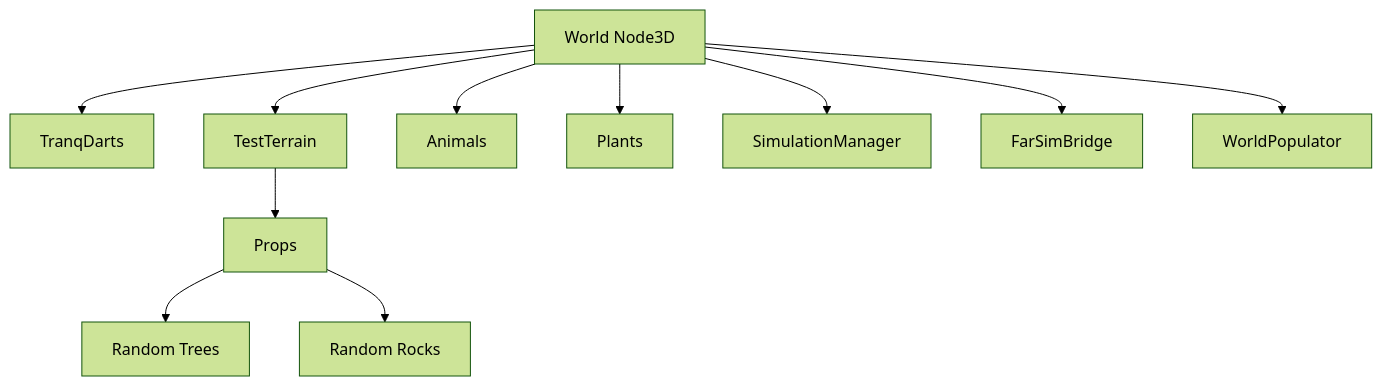
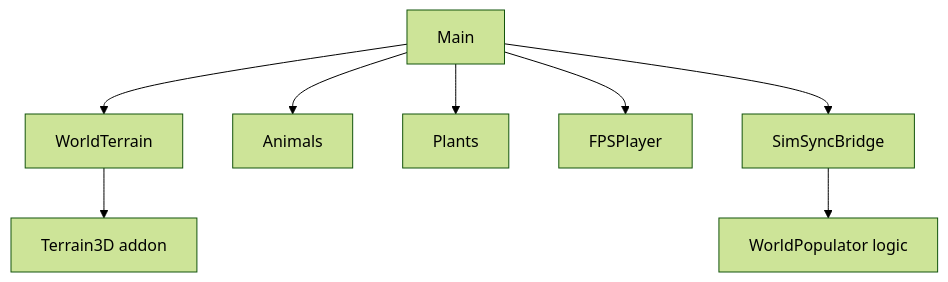
Before and after one commit to StevenGann/BiologyGame: the first of 2 diagrams in docs/world-and-environment.md, drawn with Mermaid (forest theme). The commit also changed other lines of this file and 12 other files, not shown here.

````diff
--- a/docs/world-and-environment.md
+++ b/docs/world-and-environment.md
@@ -7,15 +7,12 @@
 ```mermaid
 graph TB
-    World[World Node3D]
-    World --> TranqDarts[TranqDarts]
-    World --> TestTerrain[TestTerrain]
-    World --> Animals[Animals]
-    World --> Plants[Plants]
-    World --> SimMgr[SimulationManager]
-    World --> FarBridge[FarSimBridge]
-    World --> WorldPopulator[WorldPopulator]
-    
-    TestTerrain --> Props[Props]
-    Props --> Trees[Random Trees]
-    Props --> Rocks[Random Rocks]
+    Main[Main]
+    Main --> WorldTerrain[WorldTerrain]
+    Main --> Animals[Animals]
+    Main --> Plants[Plants]
+    Main --> FPSPlayer[FPSPlayer]
+    Main --> SimBridge[SimSyncBridge]
+
+    WorldTerrain --> Terrain3D[Terrain3D addon]
+    SimBridge --> WorldPopulator[WorldPopulator logic]
 ```
````
